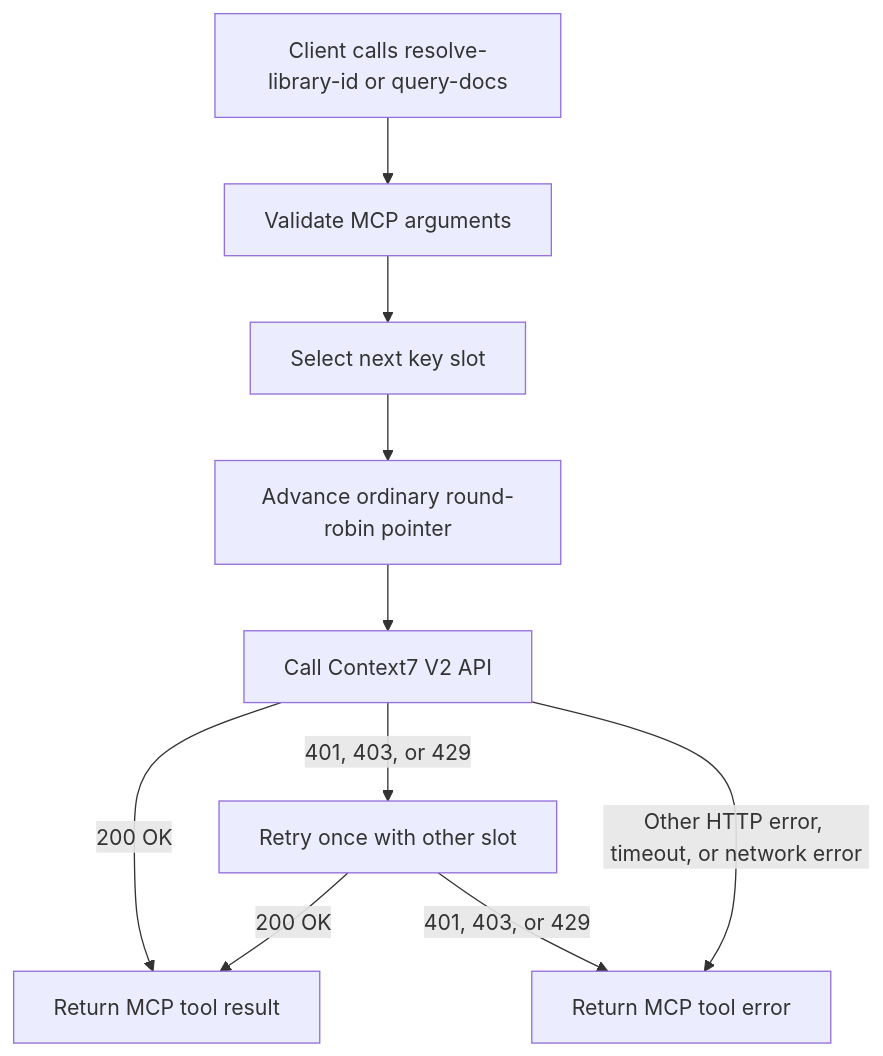
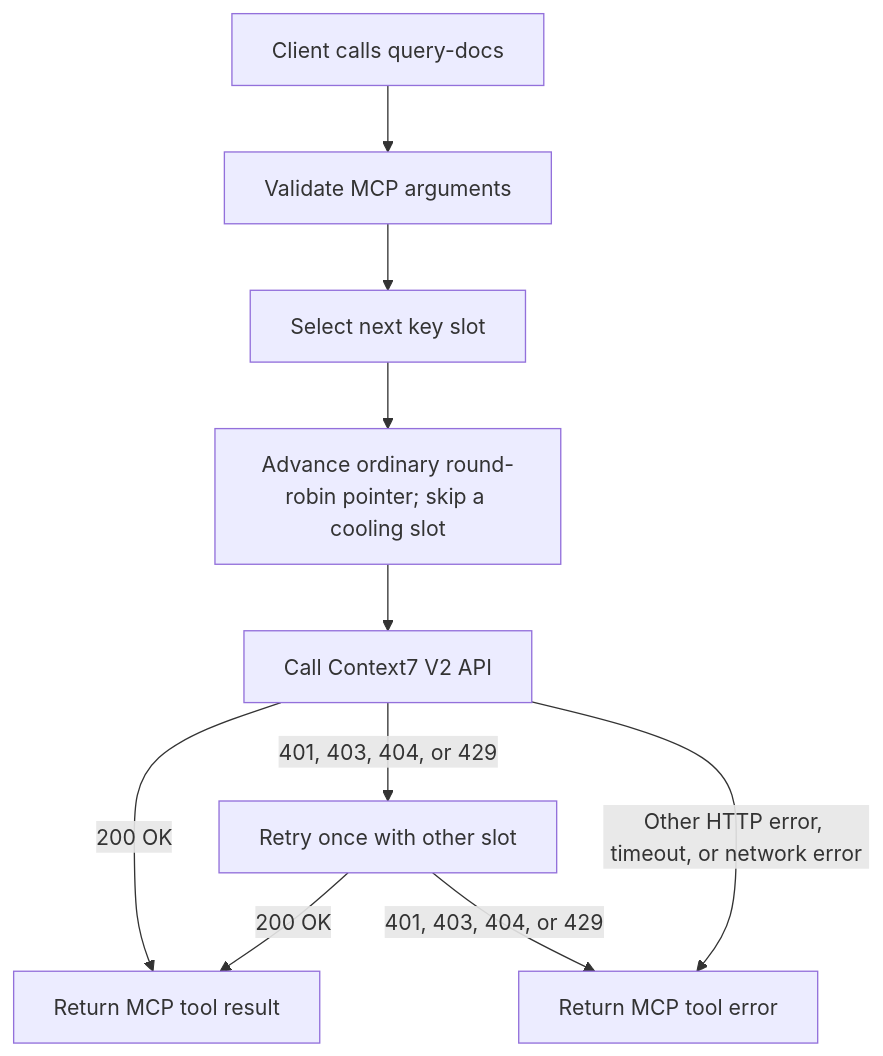
Before and after one commit to MooseGooseConsulting/context7-key-rotator-mcp: the diagram in README.md, drawn with Mermaid. The commit also changed other lines of this file and 6 other files, not shown here.

````diff
--- a/README.md
+++ b/README.md
@@ -22,12 +22,12 @@
 ```mermaid
 flowchart TD
-    A[Client calls resolve-library-id or query-docs] --> B[Validate MCP arguments]
+    A[Client calls query-docs] --> B[Validate MCP arguments]
     B --> C[Select next key slot]
-    C --> D[Advance ordinary round-robin pointer]
+    C --> D[Advance ordinary round-robin pointer; skip a cooling slot]
     D --> E[Call Context7 V2 API]
     E -->|200 OK| F[Return MCP tool result]
-    E -->|401, 403, or 429| G[Retry once with other slot]
+    E -->|401, 403, 404, or 429| G[Retry once with other slot]
     G -->|200 OK| F
-    G -->|401, 403, or 429| H[Return MCP tool error]
+    G -->|401, 403, 404, or 429| H[Return MCP tool error]
     E -->|Other HTTP error, timeout, or network error| H
 ```
````
